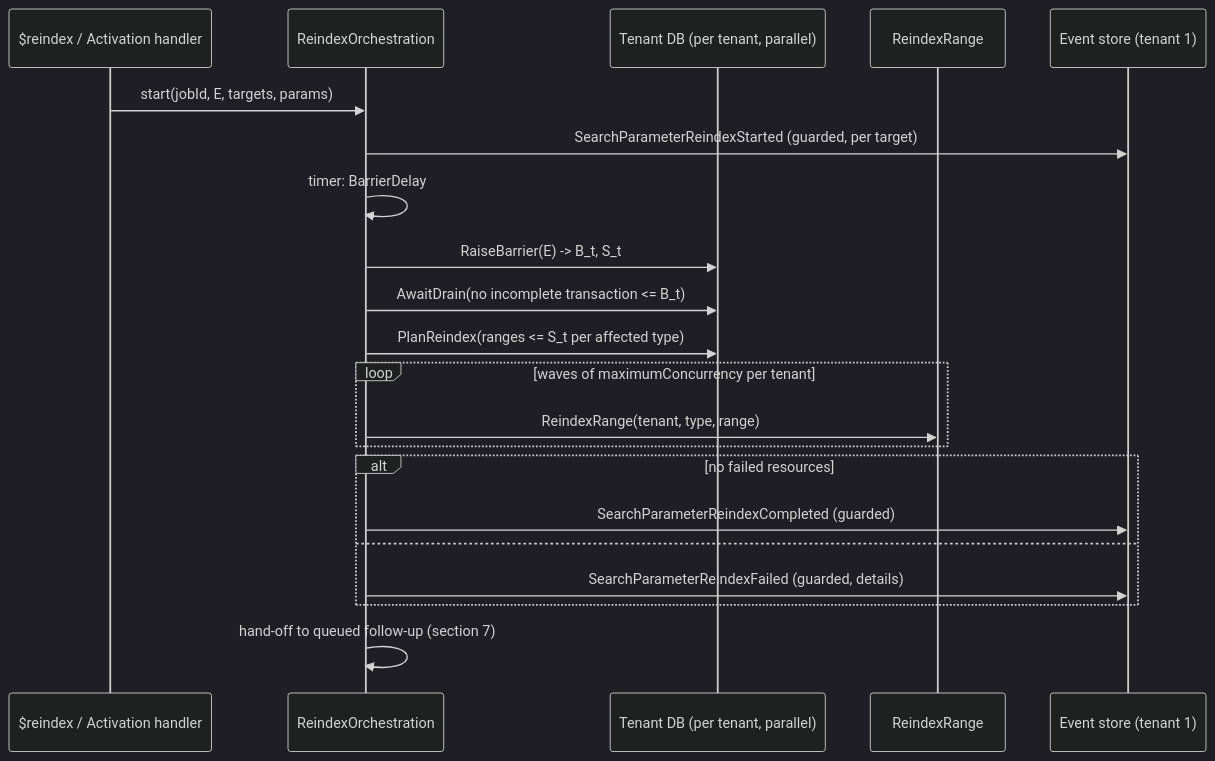
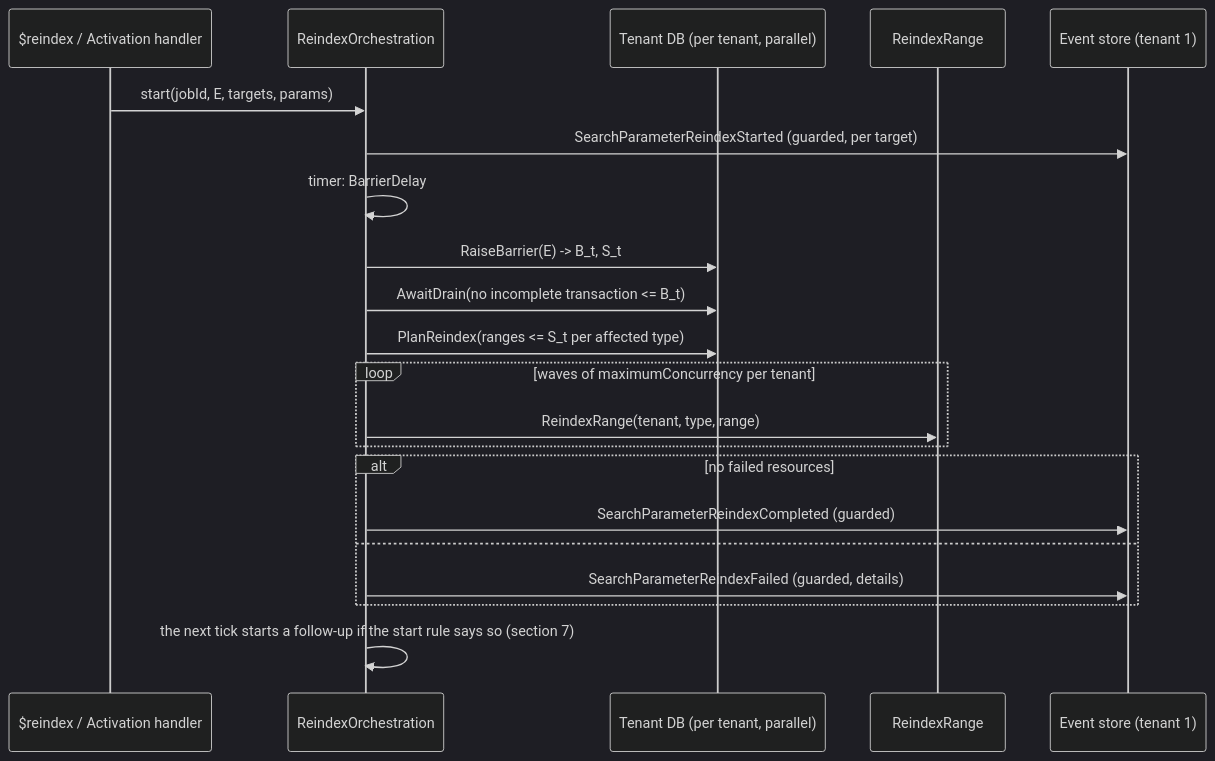
Before and after one commit to brendankowitz/ignixa-fhir: the second of 2 diagrams in docs/features/reindex/spec.md, drawn with Mermaid (dark theme). The commit also changed other lines of this file and 2 other files, not shown here.

First line of the commit message:
Describe the reindex start rule and single-write completion

````diff
--- a/docs/features/reindex/spec.md
+++ b/docs/features/reindex/spec.md
@@ -474,23 +473,23 @@
 ```mermaid
 sequenceDiagram
     participant API as $reindex / Activation handler
     participant O as ReindexOrchestration
     participant T as Tenant DB (per tenant, parallel)
     participant W as ReindexRange
     participant E as Event store (tenant 1)
     API->>O: start(jobId, E, targets, params)
     O->>E: SearchParameterReindexStarted (guarded, per target)
     O->>O: timer: BarrierDelay
     O->>T: RaiseBarrier(E) -> B_t, S_t
     O->>T: AwaitDrain(no incomplete transaction <= B_t)
     O->>T: PlanReindex(ranges <= S_t per affected type)
     loop waves of maximumConcurrency per tenant
         O->>W: ReindexRange(tenant, type, range)
     end
     alt no failed resources
         O->>E: SearchParameterReindexCompleted (guarded)
     else
         O->>E: SearchParameterReindexFailed (guarded, details)
     end
-    O->>O: hand-off to queued follow-up (section 7)
+    O->>O: the next tick starts a follow-up if the start rule says so (section 7)
 ```
````
